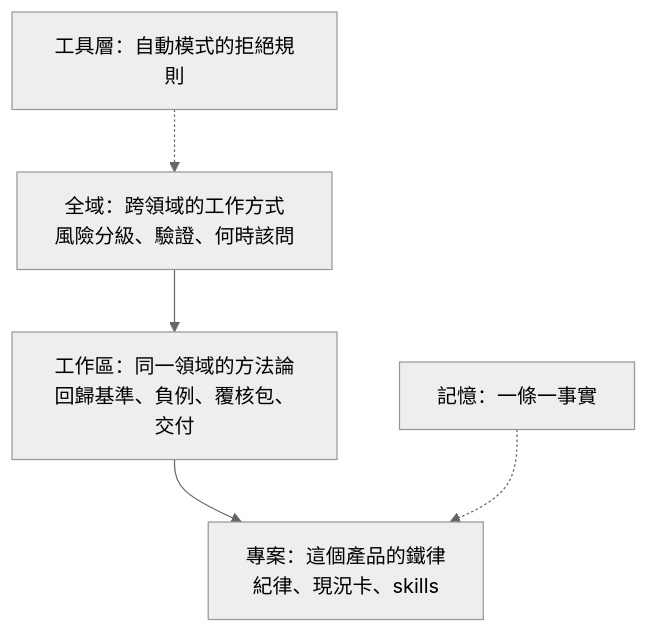
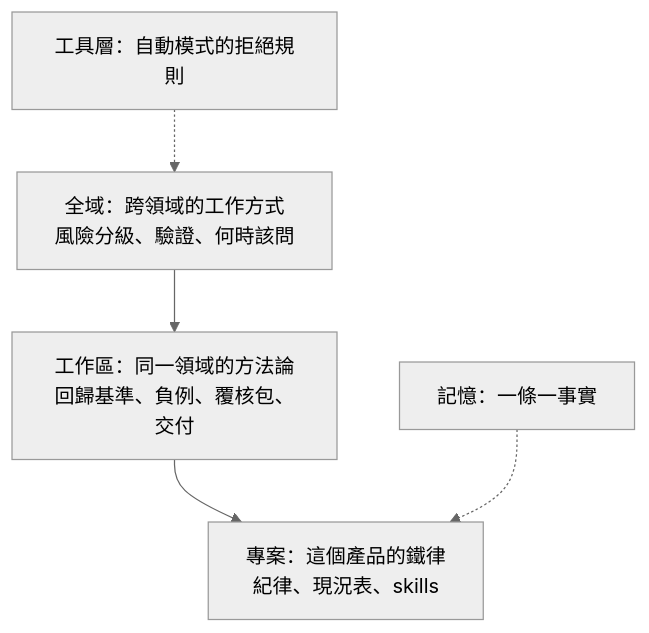
Before and after one commit to dtgfdgfgf/BIO: the diagram in growth/10_does_it_hold_elsewhere.md, drawn with Mermaid (neutral theme). The commit also changed 19 other files, not shown here.

First line of the commit message:
docs: 「現況卡」改稱「現況表」、「結構建模」改稱「標出已知結構」

````diff
--- a/growth/10_does_it_hold_elsewhere.md
+++ b/growth/10_does_it_hold_elsewhere.md
@@ -126,7 +126,7 @@
 ```mermaid
 flowchart TD
   G["全域：跨領域的工作方式<br/>風險分級、驗證、何時該問"] --> W["工作區：同一領域的方法論<br/>回歸基準、負例、覆核包、交付"]
-  W --> P["專案：這個產品的鐵律<br/>紀律、現況卡、skills"]
+  W --> P["專案：這個產品的鐵律<br/>紀律、現況表、skills"]
   T["工具層：自動模式的拒絕規則"] -.-> G
   M["記憶：一條一事實"] -.-> P
 ```
````
